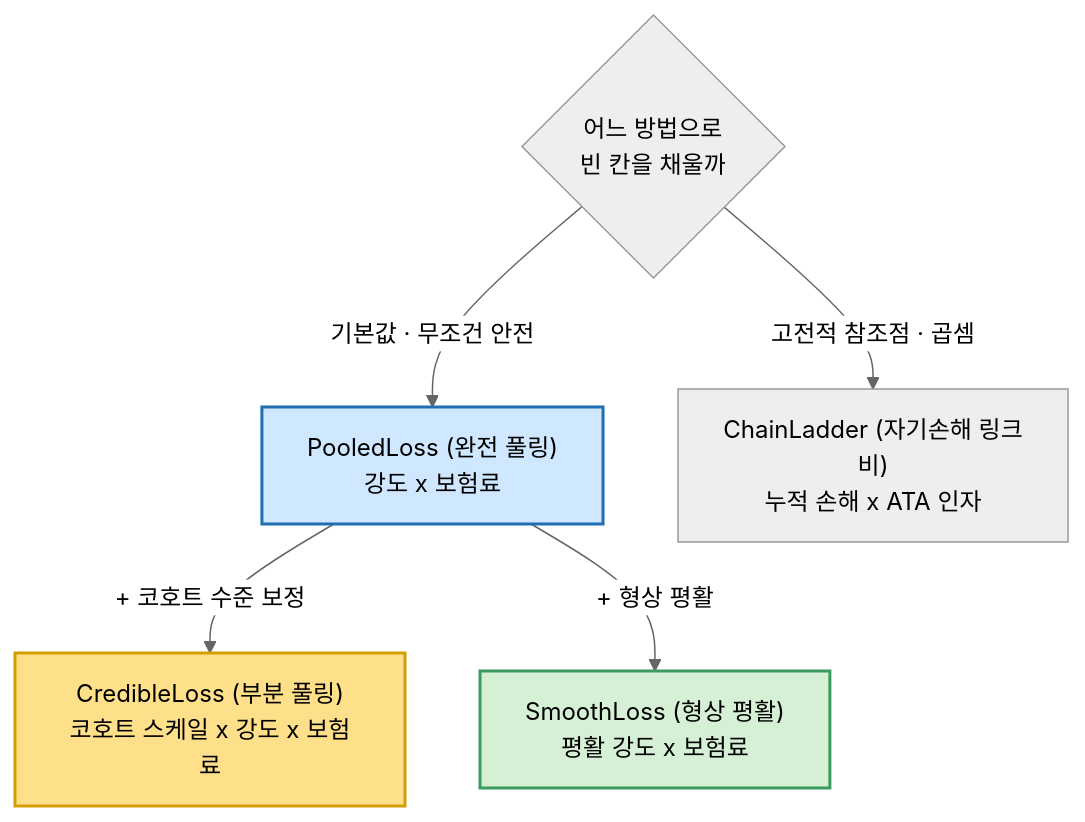
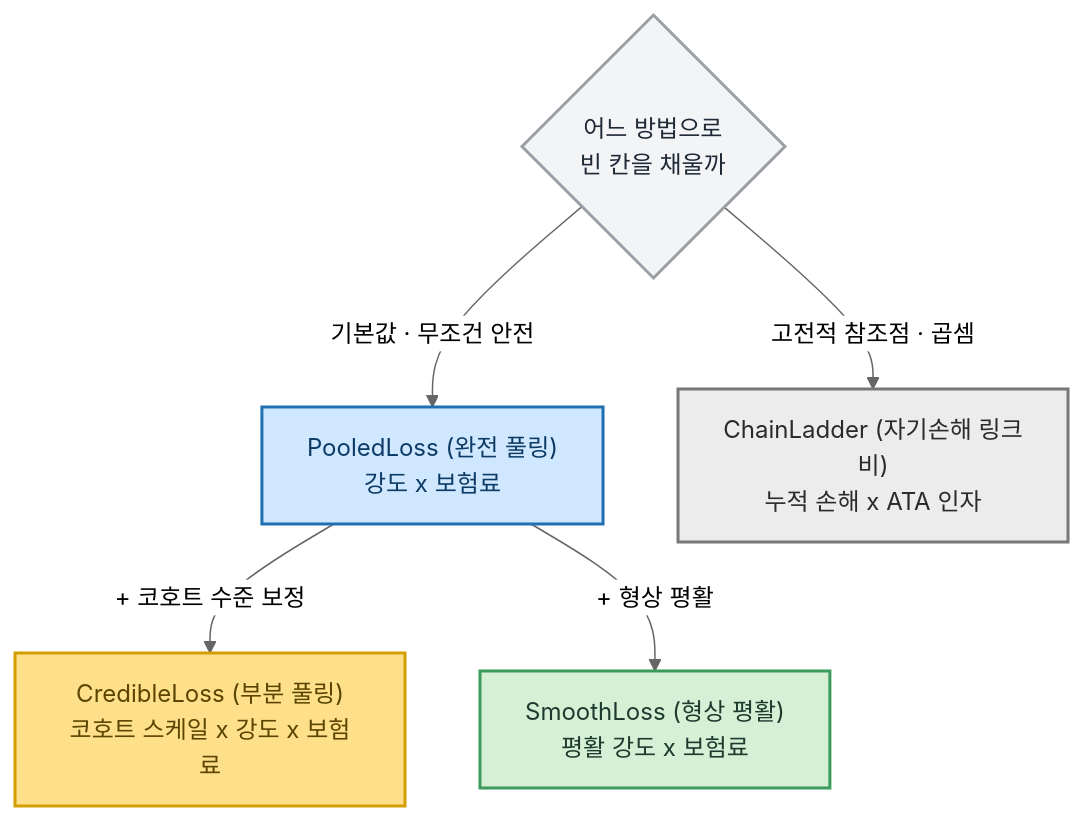
The diagram in docs/tutorial/04-projection.md (seokhoonj/lossratio), drawn with Mermaid (neutral theme) before and after one commit.

Commit message:
docs: make the ch4 estimator-ladder mermaid readable in dark mode
The PooledLoss/CredibleLoss/SmoothLoss nodes set a light fill but no text
color, so the dark theme painted their labels light -- light text on a light
fill, invisible. Pin an explicit dark text color on every node (and give the
decision and ChainLadder nodes explicit fills too) so the diagram is
theme-independent: dark text on light fills in both light and dark mode.

````diff
--- a/docs/tutorial/04-projection.md
+++ b/docs/tutorial/04-projection.md
@@ -36,11 +36,13 @@
 ```{mermaid}
 flowchart TD
   Q{"어느 방법으로<br/>빈 칸을 채울까"}
   Q -->|"기본값 · 무조건 안전"| pooled["PooledLoss (완전 풀링)<br/>강도 x 보험료"]
   pooled -->|"+ 코호트 수준 보정"| credible["CredibleLoss (부분 풀링)<br/>코호트 스케일 x 강도 x 보험료"]
   pooled -->|"+ 형상 평활"| smooth["SmoothLoss (형상 평활)<br/>평활 강도 x 보험료"]
   Q -->|"고전적 참조점 · 곱셈"| linkratio["ChainLadder (자기손해 링크비)<br/>누적 손해 x ATA 인자"]
-  style pooled fill:#cfe8ff,stroke:#1f6fb2,stroke-width:2px
-  style credible fill:#ffe08a,stroke:#d39e00,stroke-width:2px
-  style smooth fill:#d5f0d5,stroke:#3a9b5c,stroke-width:2px
+  style Q fill:#f3f4f6,stroke:#9aa0a6,stroke-width:2px,color:#1f2937
+  style pooled fill:#cfe8ff,stroke:#1f6fb2,stroke-width:2px,color:#0d3b66
+  style credible fill:#ffe08a,stroke:#d39e00,stroke-width:2px,color:#5a4500
+  style smooth fill:#d5f0d5,stroke:#3a9b5c,stroke-width:2px,color:#1c3a2e
+  style linkratio fill:#ececec,stroke:#777777,stroke-width:2px,color:#2a2a2a
 ```
````
